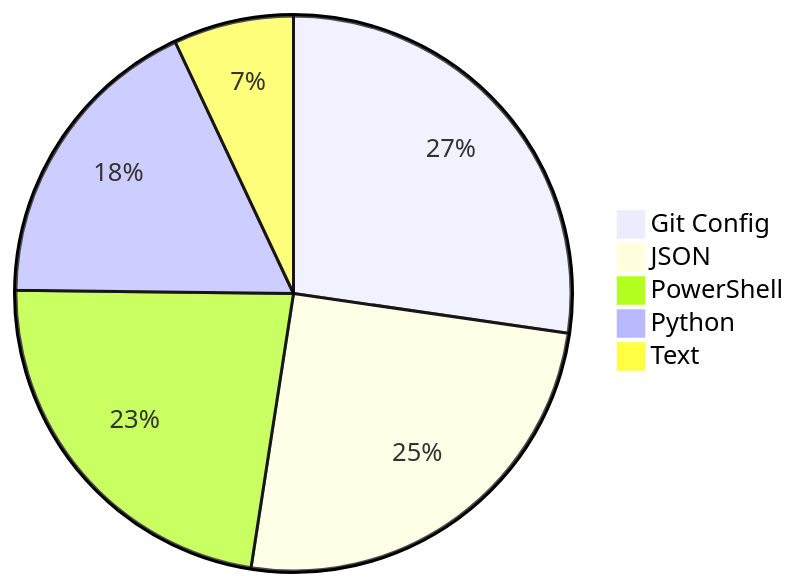
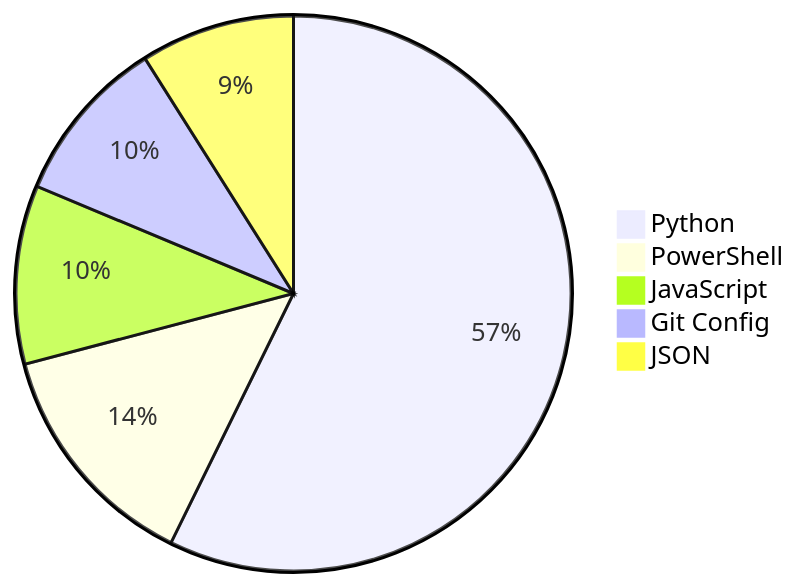
Before and after one commit to Alicia111/alicia111: the diagram in README.md, drawn with Mermaid.

Commit message:
Update WakaTime stats (・ω・)b

````diff
--- a/README.md
+++ b/README.md
@@ -32,8 +32,8 @@
 ```mermaid
 pie
-    "Git Config" : 25.67
-    "JSON" : 23.66
-    "PowerShell" : 21.39
-    "Python" : 16.76
-    "Text" : 6.58
+    "Python" : 54.66
+    "PowerShell" : 13.01
+    "JavaScript" : 9.92
+    "Git Config" : 9.29
+    "JSON" : 8.56
 ```
````
